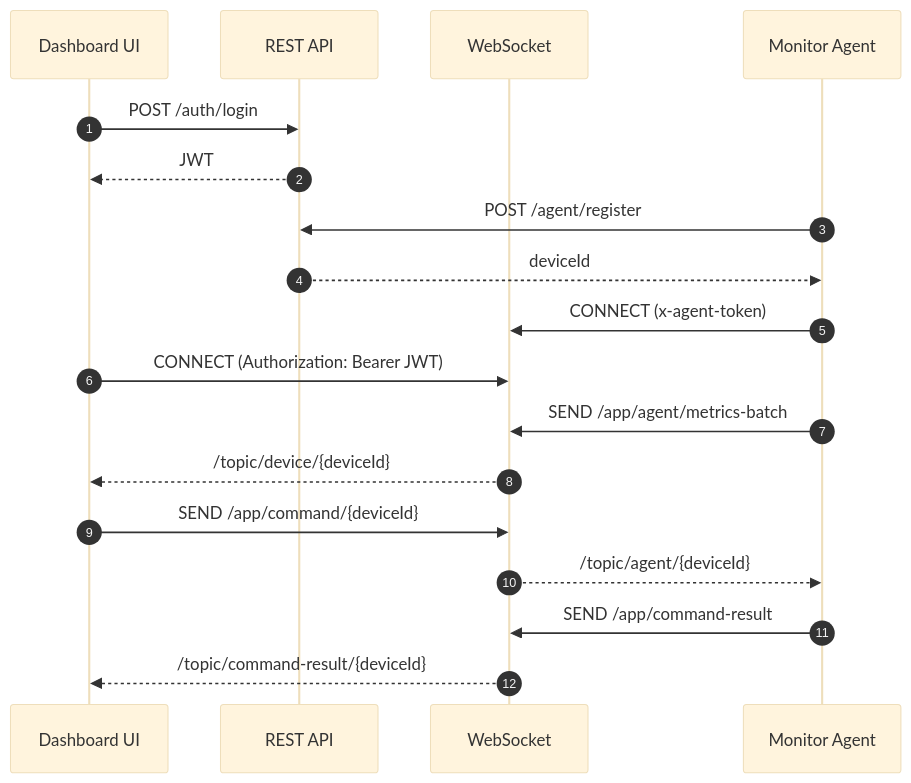
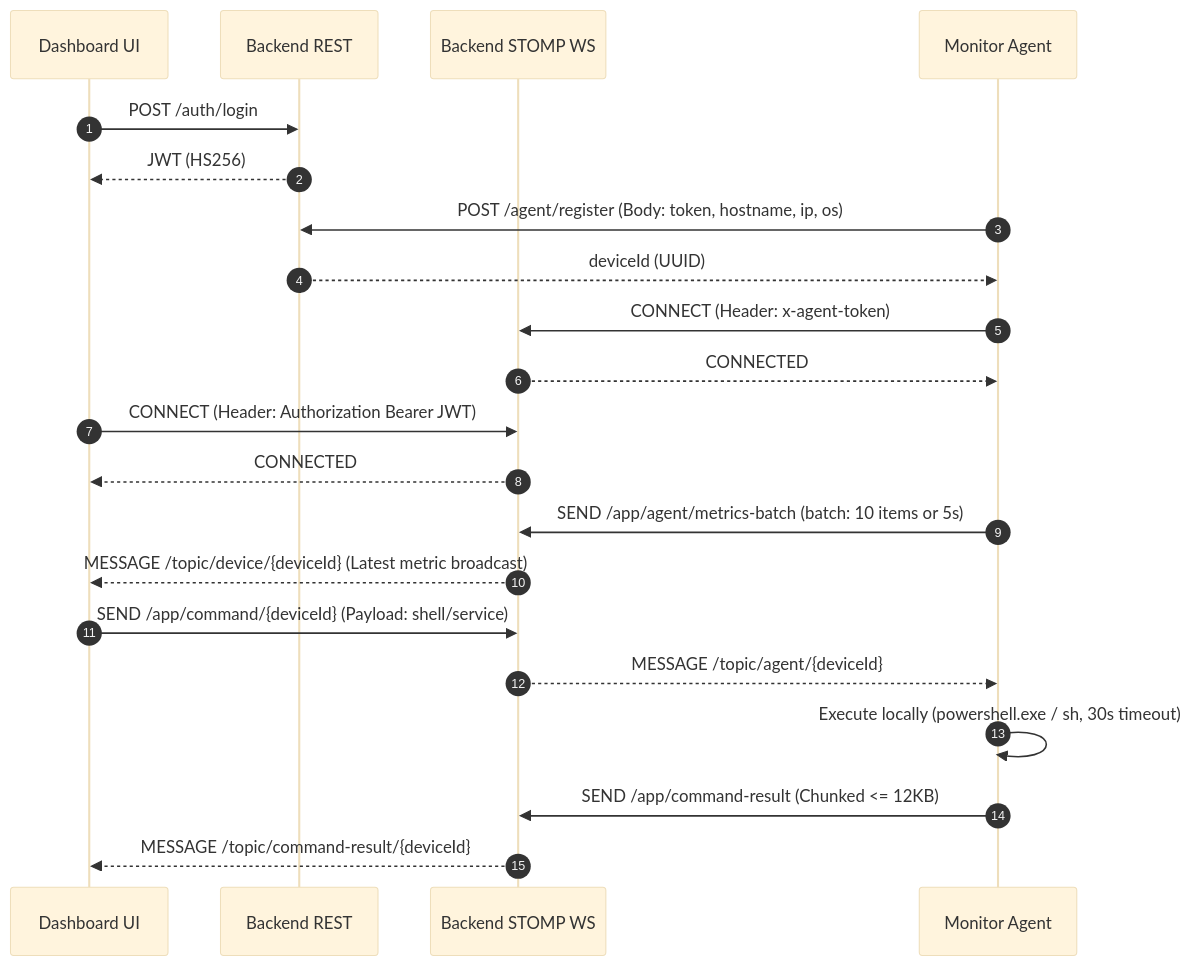
One commit to pratham15541/monitor-agent changed the second of 2 diagrams in docs/SYSTEM_DESIGN.md. Above: the diagram before and after it, drawn with Mermaid (base theme). The commit also changed other lines of this file and 23 other files, not shown here.

````diff
--- a/docs/SYSTEM_DESIGN.md
+++ b/docs/SYSTEM_DESIGN.md
@@ -24,21 +75,24 @@
 ```mermaid
 sequenceDiagram
-	autonumber
-	participant UI as Dashboard UI
-	participant API as REST API
-	participant WS as WebSocket
-	participant Agent as Monitor Agent
+    autonumber
+    participant UI as Dashboard UI
+    participant API as Backend REST
+    participant WS as Backend STOMP WS
+    participant Agent as Monitor Agent
 
-	UI->>API: POST /auth/login
-	API-->>UI: JWT
-	Agent->>API: POST /agent/register
-	API-->>Agent: deviceId
-	Agent->>WS: CONNECT (x-agent-token)
-	UI->>WS: CONNECT (Authorization: Bearer JWT)
-	Agent->>WS: SEND /app/agent/metrics-batch
-	WS-->>UI: /topic/device/{deviceId}
-	UI->>WS: SEND /app/command/{deviceId}
-	WS-->>Agent: /topic/agent/{deviceId}
-	Agent->>WS: SEND /app/command-result
-	WS-->>UI: /topic/command-result/{deviceId}
+    UI->>API: POST /auth/login
+    API-->>UI: JWT (HS256)
+    Agent->>API: POST /agent/register (Body: token, hostname, ip, os)
+    API-->>Agent: deviceId (UUID)
+    Agent->>WS: CONNECT (Header: x-agent-token)
+    WS-->>Agent: CONNECTED
+    UI->>WS: CONNECT (Header: Authorization Bearer JWT)
+    WS-->>UI: CONNECTED
+    Agent->>WS: SEND /app/agent/metrics-batch (batch: 10 items or 5s)
+    WS-->>UI: MESSAGE /topic/device/{deviceId} (Latest metric broadcast)
+    UI->>WS: SEND /app/command/{deviceId} (Payload: shell/service)
+    WS-->>Agent: MESSAGE /topic/agent/{deviceId}
+    Agent->>Agent: Execute locally (powershell.exe / sh, 30s timeout)
+    Agent->>WS: SEND /app/command-result (Chunked <= 12KB)
+    WS-->>UI: MESSAGE /topic/command-result/{deviceId}
 ```
````
